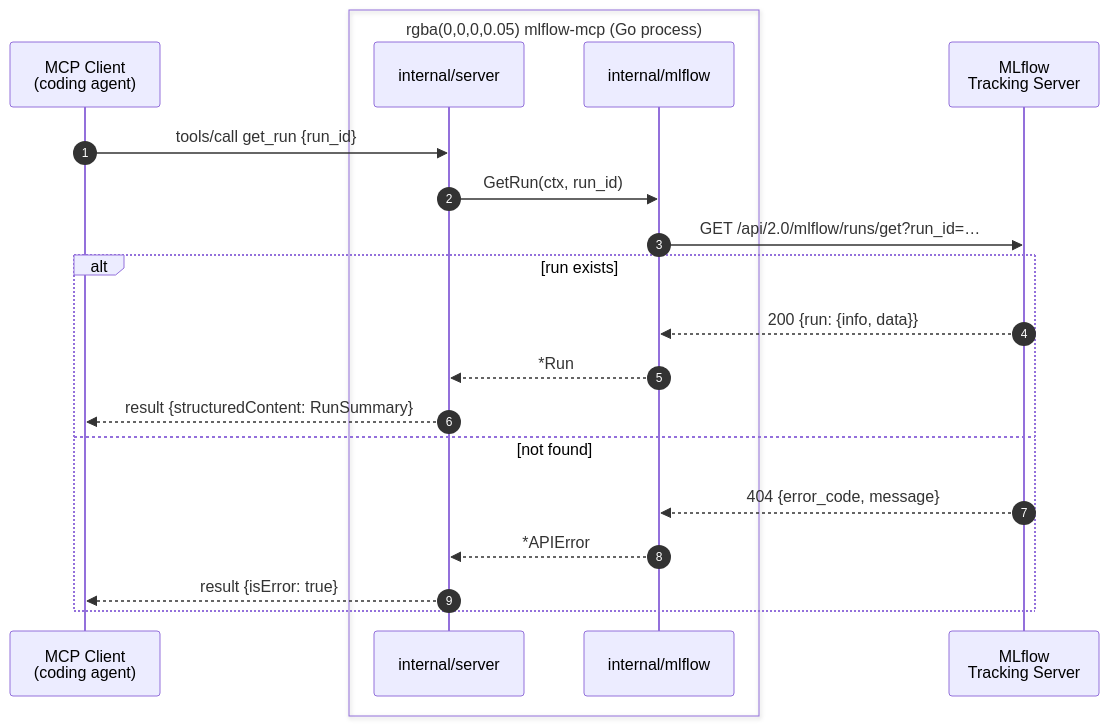
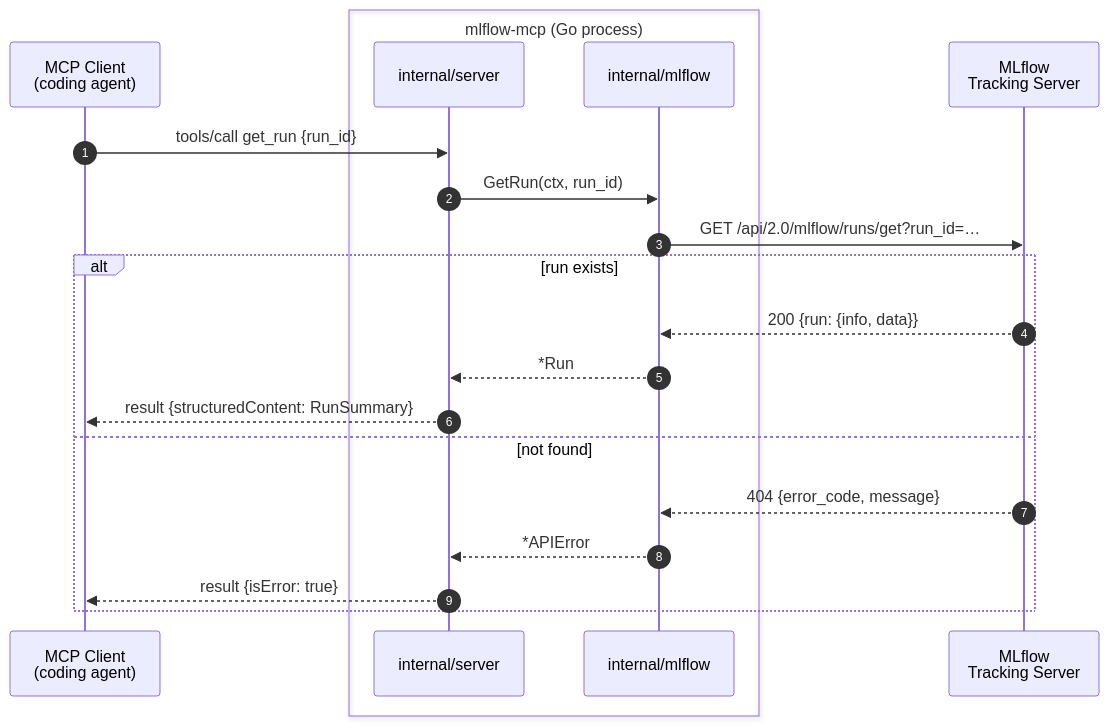
One commit to manuelgilm/mlflow-mcp-go changed the diagram in README.md. Above: the diagram before and after it, drawn with Mermaid.

Commit message:
fix minor appearance break

````diff
--- a/README.md
+++ b/README.md
@@ -87,26 +87,26 @@
 ```mermaid
 sequenceDiagram
     autonumber
     participant C as MCP Client<br/>(coding agent)
 
-    box rgba(0,0,0,0.05) mlflow-mcp (Go process)
+    box  mlflow-mcp (Go process)
         participant H as internal/server
         participant K as internal/mlflow
     end
 
     participant M as MLflow<br>Tracking Server
 
     C->>H: tools/call get_run {run_id}
     H->>K: GetRun(ctx, run_id)
     K->>M: GET /api/2.0/mlflow/runs/get?run_id=…
 
     alt run exists
         M-->>K: 200 {run: {info, data}}
         K-->>H: *Run
         H-->>C: result {structuredContent: RunSummary}
     else not found
         M-->>K: 404 {error_code, message}
         K-->>H: *APIError
         H-->>C: result {isError: true}
     end
 ```
````
